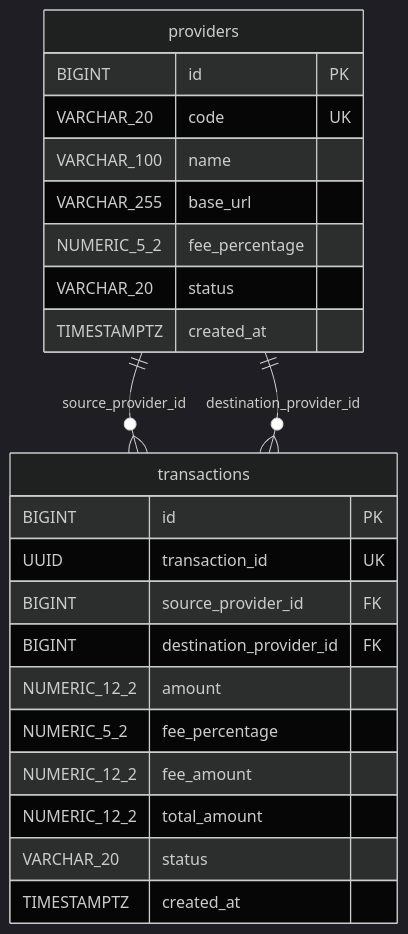
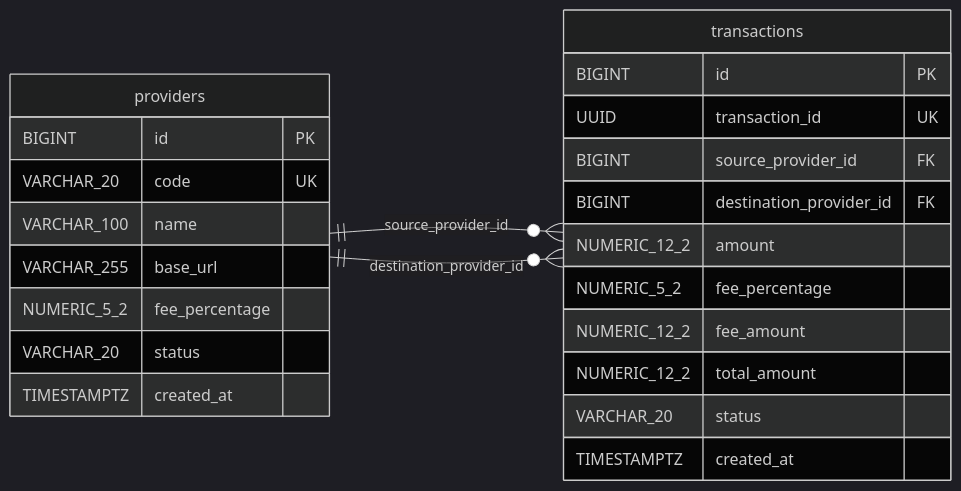
One commit to ProvaPaul/Mini-Payment-Router-Simulator changed the first of 2 diagrams in README.md. Above: the diagram before and after it, drawn with Mermaid (dark theme). The commit also changed other lines of this file, not shown here.

````diff
--- a/README.md
+++ b/README.md
@@ -206,28 +217,29 @@
 ```mermaid
 erDiagram
+    direction LR
     providers ||--o{ transactions : "source_provider_id"
     providers ||--o{ transactions : "destination_provider_id"
 
     providers {
         BIGINT id PK
         VARCHAR_20 code UK
         VARCHAR_100 name
         VARCHAR_255 base_url
         NUMERIC_5_2 fee_percentage
         VARCHAR_20 status
         TIMESTAMPTZ created_at
     }
 
     transactions {
         BIGINT id PK
         UUID transaction_id UK
         BIGINT source_provider_id FK
         BIGINT destination_provider_id FK
         NUMERIC_12_2 amount
         NUMERIC_5_2 fee_percentage
         NUMERIC_12_2 fee_amount
         NUMERIC_12_2 total_amount
         VARCHAR_20 status
         TIMESTAMPTZ created_at
     }
 ```
````
